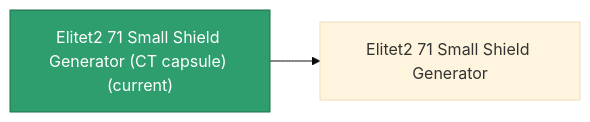
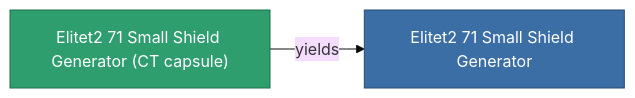
The diagram in content/content/items/elitet2_71_small_shield_generator_CT_capsule.md (OpenPerpetuum/Wiki), drawn with Mermaid (base theme) before and after one commit. The commit also changed other lines of this file and 2015 other files, not shown here.

````diff
--- a/content/content/items/elitet2_71_small_shield_generator_CT_capsule.md
+++ b/content/content/items/elitet2_71_small_shield_generator_CT_capsule.md
@@ -33,8 +33,9 @@
 ```mermaid
 graph LR
-    a["Elitet2 71 Small Shield Generator (CT capsule) (current)"]:::current
-    b["Elitet2 71 Small Shield Generator"]
-    a --> b
-    click b "/content/items/elitet2-71-small-shield-generator/" "Elitet2 71 Small Shield Generator"
+    a["Elitet2 71 Small Shield Generator (CT capsule)"]:::current
+    b["Elitet2 71 Small Shield Generator"]:::finished
+    a -->|yields| b
+                click b "/content/items/elitet2-71-small-shield-generator/" "Elitet2 71 Small Shield Generator"
     classDef current fill:#2f9e6f,stroke:#1f6f4a,color:#ffffff
+    classDef finished fill:#3b6ea5,stroke:#274a75,color:#ffffff
 ```
````
